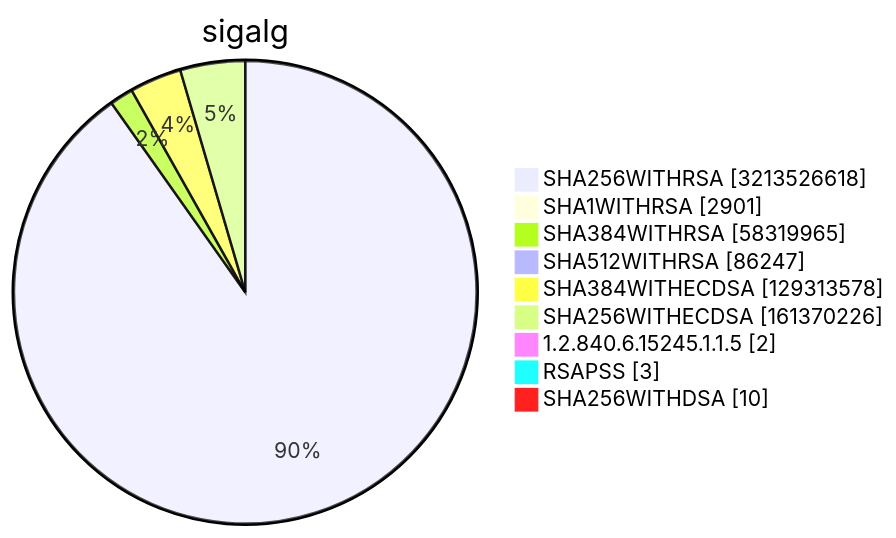
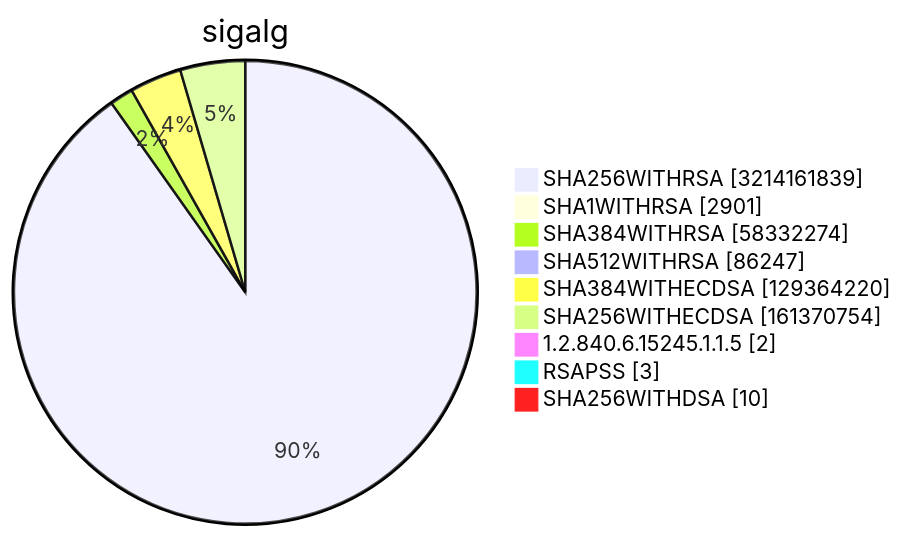
Diagram 15 of 15 in TOTAL/README.md (christiankrug/ctmonitor_visualization), drawn with Mermaid before and after one commit. The commit also changed other lines of this file, not shown here.

````diff
--- a/TOTAL/README.md
+++ b/TOTAL/README.md
@@ -6217,13 +6217,13 @@
 ```mermaid
 pie showData
 title sigalg
-"SHA256WITHRSA" :3213526618
+"SHA256WITHRSA" :3214161839
 "SHA1WITHRSA" :2901
-"SHA384WITHRSA" :58319965
+"SHA384WITHRSA" :58332274
 "SHA512WITHRSA" :86247
-"SHA384WITHECDSA" :129313578
-"SHA256WITHECDSA" :161370226
+"SHA384WITHECDSA" :129364220
+"SHA256WITHECDSA" :161370754
 "1.2.840.6.15245.1.1.5" :2
 "RSAPSS" :3
 "SHA256WITHDSA" :10
 ```
````
